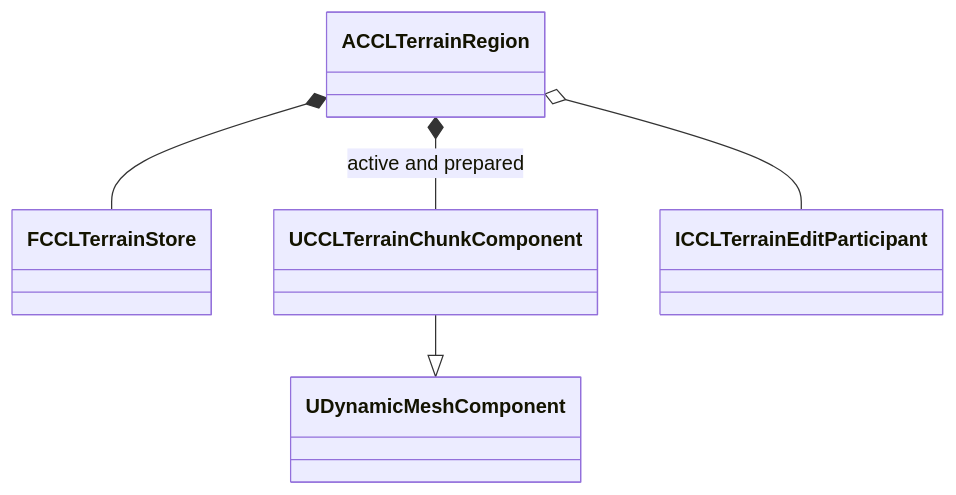
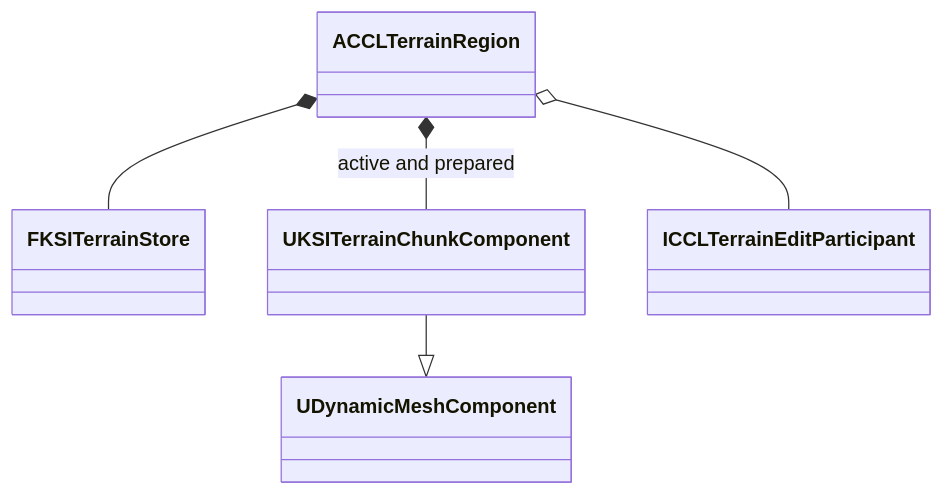
Before and after one commit to kang-sihwon/ccl8: the sixth of 6 diagrams in Docs/EnvironmentPlan.md, drawn with Mermaid. The commit also changed other lines of this file and 6 other files, not shown here.

````diff
--- a/Docs/EnvironmentPlan.md
+++ b/Docs/EnvironmentPlan.md
@@ -837,7 +835,7 @@
 ```mermaid
 classDiagram
-    ACCLTerrainRegion *-- FCCLTerrainStore
-    ACCLTerrainRegion *-- UCCLTerrainChunkComponent : active and prepared
+    ACCLTerrainRegion *-- FKSITerrainStore
+    ACCLTerrainRegion *-- UKSITerrainChunkComponent : active and prepared
     ACCLTerrainRegion o-- ICCLTerrainEditParticipant
-    UCCLTerrainChunkComponent --|> UDynamicMeshComponent
+    UKSITerrainChunkComponent --|> UDynamicMeshComponent
 ```
````
